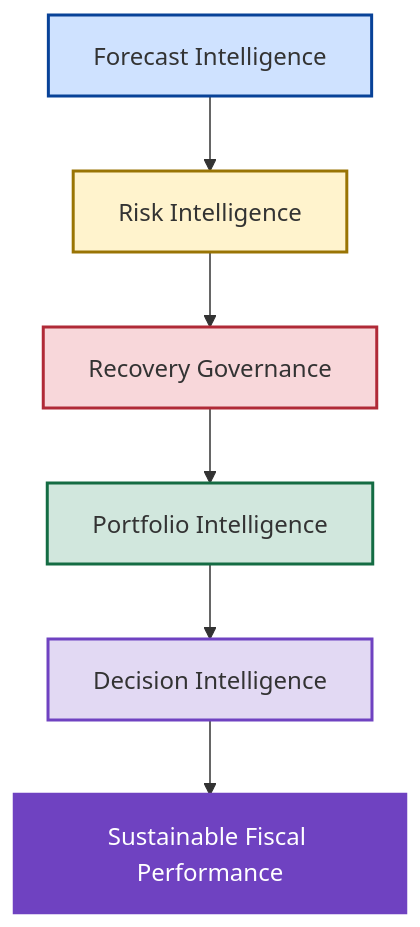
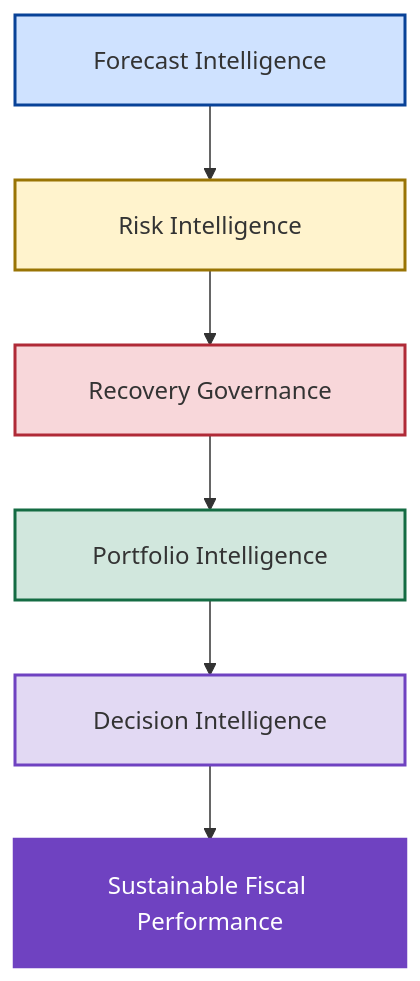
The first of 3 diagrams in 12_Next_Generation_Operating_Model/next-generation-revenue-operating-model.md (AwesomeAnil/newbridge-saas-operating-system), drawn with Mermaid before and after one commit. The commit also changed other lines of this file, not shown here.

````diff
--- a/12_Next_Generation_Operating_Model/next-generation-revenue-operating-model.md
+++ b/12_Next_Generation_Operating_Model/next-generation-revenue-operating-model.md
@@ -42,27 +42,17 @@
 ```mermaid
 flowchart TD
 
-A["Forecast Intelligence"]
+A["<table><tr><td width='350' align='center'>Forecast Intelligence</td></tr></table>"] --> B["<table><tr><td width='350' align='center'>Risk Intelligence</td></tr></table>"]
+B --> C["<table><tr><td width='350' align='center'>Recovery Governance</td></tr></table>"]
+C --> D["<table><tr><td width='350' align='center'>Portfolio Intelligence</td></tr></table>"]
+D --> E["<table><tr><td width='350' align='center'>Decision Intelligence</td></tr></table>"]
+E --> F["<table><tr><td width='350' align='center'>Sustainable Fiscal Performance</td></tr></table>"]
 
---> B["Risk Intelligence"]
-
---> C["Recovery Governance"]
-
---> D["Portfolio Intelligence"]
-
---> E["Decision Intelligence"]
-
---> F["Sustainable Fiscal Performance"]
-
+%% Individual Node Color Overrides
 style A fill:#cfe2ff,stroke:#084298,stroke-width:2px
-
 style B fill:#fff3cd,stroke:#997404,stroke-width:2px
-
 style C fill:#f8d7da,stroke:#b02a37,stroke-width:2px
-
 style D fill:#d1e7dd,stroke:#146c43,stroke-width:2px
-
 style E fill:#e2d9f3,stroke:#6f42c1,stroke-width:2px
-
 style F fill:#6f42c1,color:#ffffff,stroke:#6f42c1,stroke-width:3px
 ```
````
